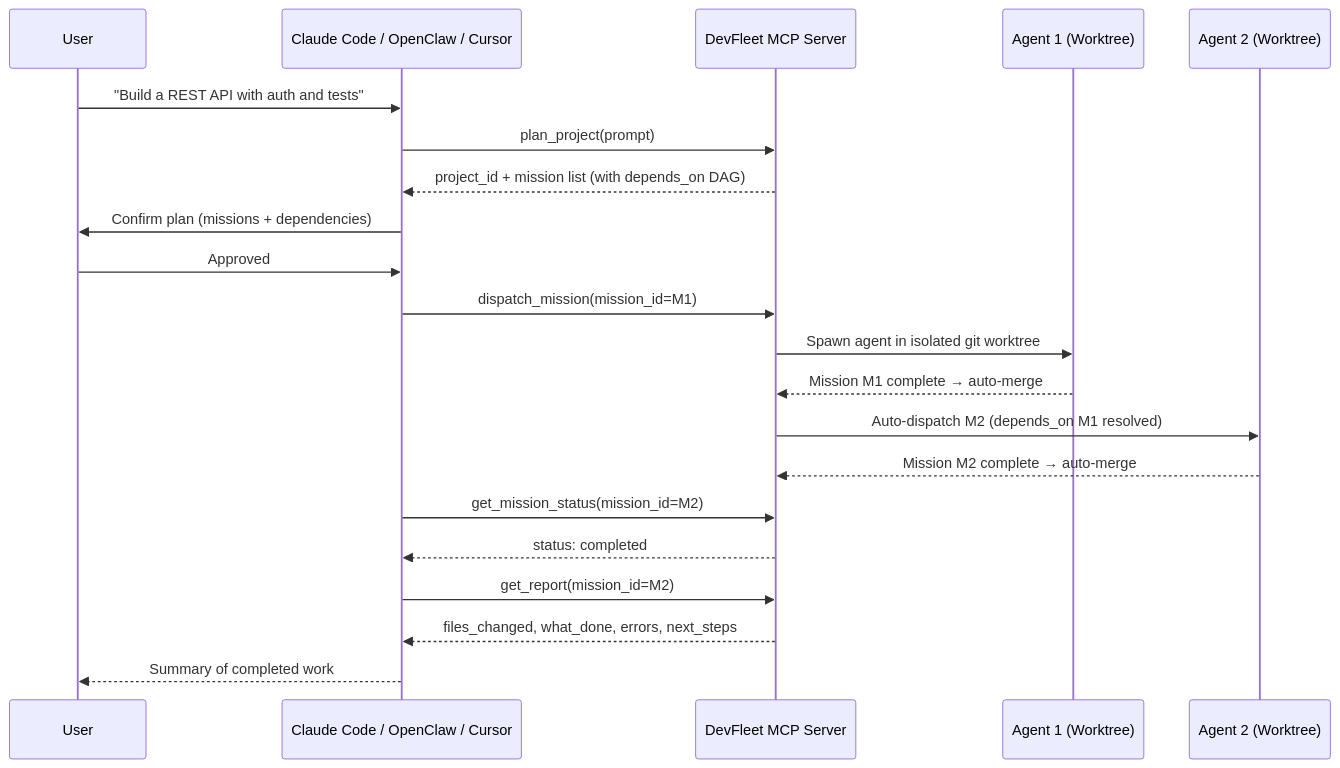
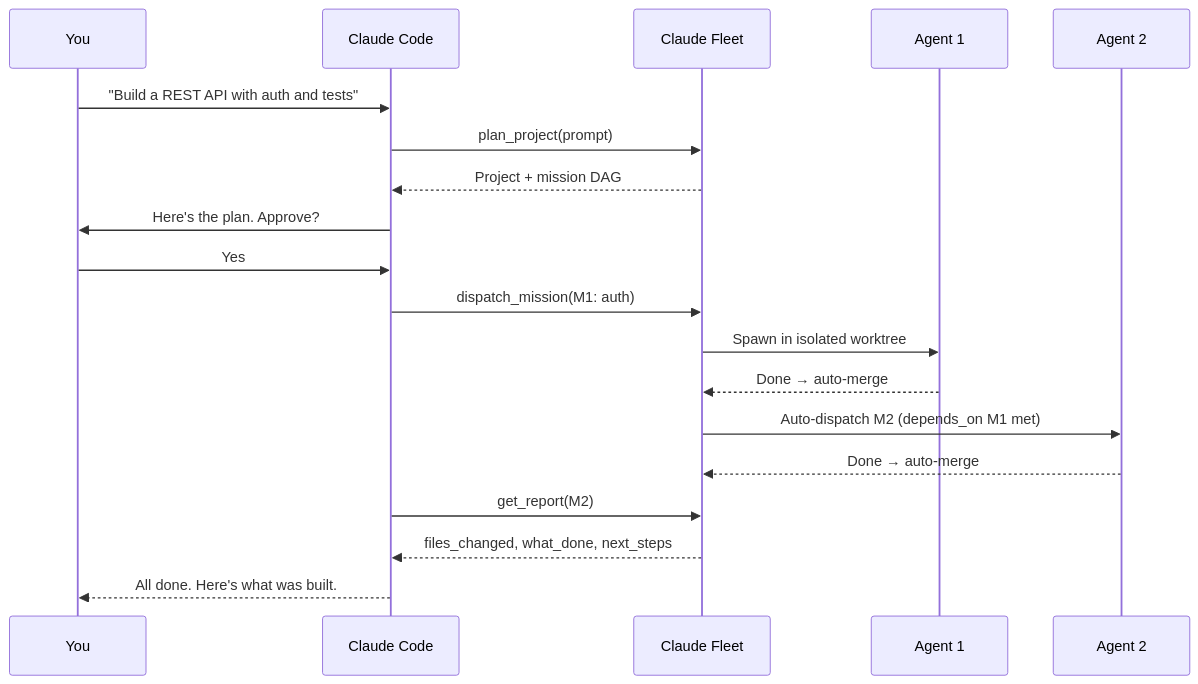
Before and after one commit to Cyvid7-Darus10/claude-mission-control: the first of 2 diagrams in README.md, drawn with Mermaid. The commit also changed other lines of this file, not shown here.

First line of the commit message:
feat: improved README with badges, Mermaid diagrams, and better structure

````diff
--- a/README.md
+++ b/README.md
@@ -190,24 +67,22 @@
 ```mermaid
 sequenceDiagram
-    participant U as User
-    participant C as Claude Code / OpenClaw / Cursor
-    participant D as DevFleet MCP Server
-    participant A1 as Agent 1 (Worktree)
-    participant A2 as Agent 2 (Worktree)
+    participant U as You
+    participant C as Claude Code
+    participant F as Claude Fleet
+    participant A1 as Agent 1
+    participant A2 as Agent 2
 
     U->>C: "Build a REST API with auth and tests"
-    C->>D: plan_project(prompt)
-    D-->>C: project_id + mission list (with depends_on DAG)
-    C->>U: Confirm plan (missions + dependencies)
-    U->>C: Approved
-    C->>D: dispatch_mission(mission_id=M1)
-    D->>A1: Spawn agent in isolated git worktree
-    A1-->>D: Mission M1 complete → auto-merge
-    D->>A2: Auto-dispatch M2 (depends_on M1 resolved)
-    A2-->>D: Mission M2 complete → auto-merge
-    C->>D: get_mission_status(mission_id=M2)
-    D-->>C: status: completed
-    C->>D: get_report(mission_id=M2)
-    D-->>C: files_changed, what_done, errors, next_steps
-    C-->>U: Summary of completed work
+    C->>F: plan_project(prompt)
+    F-->>C: Project + mission DAG
+    C->>U: Here's the plan. Approve?
+    U->>C: Yes
+    C->>F: dispatch_mission(M1: auth)
+    F->>A1: Spawn in isolated worktree
+    A1-->>F: Done → auto-merge
+    F->>A2: Auto-dispatch M2 (depends_on M1 met)
+    A2-->>F: Done → auto-merge
+    C->>F: get_report(M2)
+    F-->>C: files_changed, what_done, next_steps
+    C-->>U: All done. Here's what was built.
 ```
````
